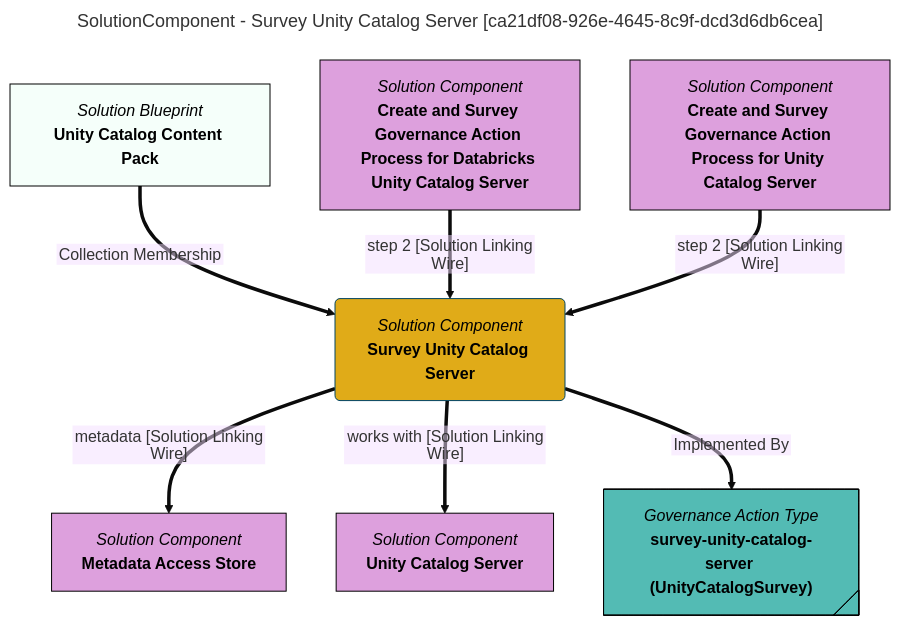
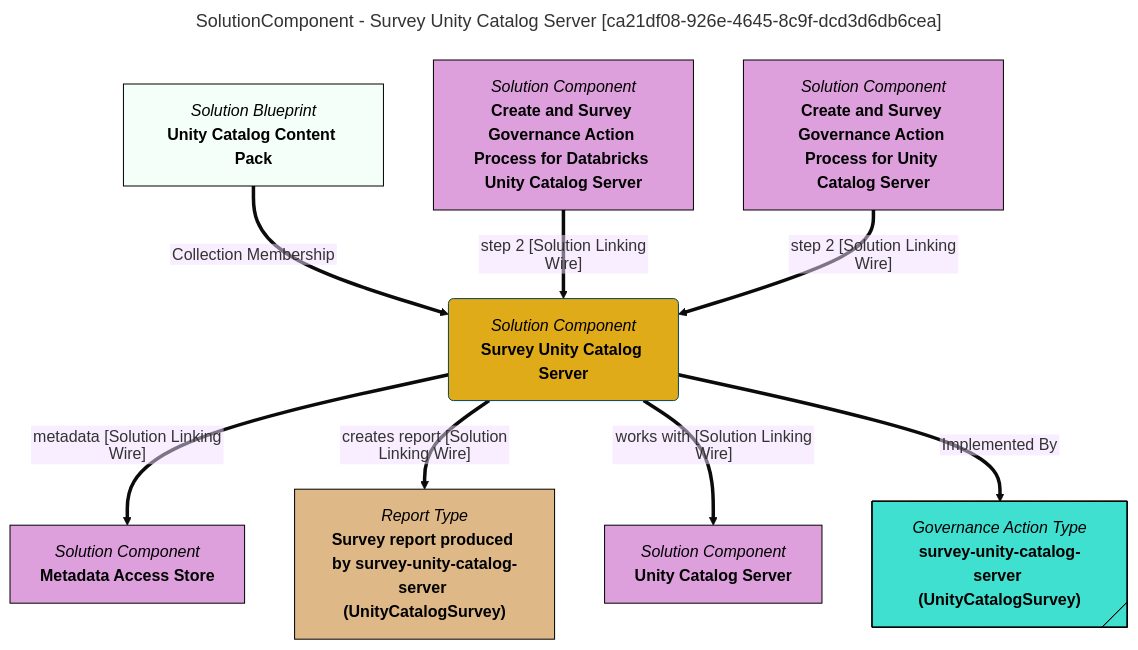
The diagram in site/snippets/blueprints/components/survey-unity-catalog-server-mermaid-graph.md (odpi/egeria-docs), drawn with Mermaid (base theme) before and after one commit. The commit also changed 2201 other files, not shown here.

````diff
--- a/site/snippets/blueprints/components/survey-unity-catalog-server-mermaid-graph.md
+++ b/site/snippets/blueprints/components/survey-unity-catalog-server-mermaid-graph.md
@@ -1,40 +1,44 @@
 ```mermaid
 ---
 title: SolutionComponent - Survey Unity Catalog Server [ca21df08-926e-4645-8c9f-dcd3d6db6cea]
 ---
 flowchart TD
 %%{init: {"flowchart": {"htmlLabels": false}} }%%
 
 1@{ shape: rounded, label: "*Solution Component*
 **Survey Unity Catalog Server**"}
 2@{ shape: rect, label: "*Solution Blueprint*
 **Unity Catalog Content Pack**"}
 2==>|"Collection Membership"|1
 3@{ shape: rect, label: "*Solution Component*
 **Metadata Access Store**"}
 1==>|"metadata [Solution Linking Wire]"|3
 4@{ shape: rect, label: "*Solution Component*
 **Create and Survey Governance Action Process for Databricks Unity Catalog Server**"}
 4==>|"step 2 [Solution Linking Wire]"|1
-5@{ shape: rect, label: "*Solution Component*
+5@{ shape: rect, label: "*Report Type*
+**Survey report produced by survey-unity-catalog-server (UnityCatalogSurvey)**"}
+1==>|"creates report [Solution Linking Wire]"|5
+6@{ shape: rect, label: "*Solution Component*
 **Create and Survey Governance Action Process for Unity Catalog Server**"}
-5==>|"step 2 [Solution Linking Wire]"|1
-6@{ shape: rect, label: "*Solution Component*
+6==>|"step 2 [Solution Linking Wire]"|1
+7@{ shape: rect, label: "*Solution Component*
 **Unity Catalog Server**"}
-1==>|"works with [Solution Linking Wire]"|6
-7@{ shape: tag-rect, label: "*Governance Action Type*
+1==>|"works with [Solution Linking Wire]"|7
+8@{ shape: tag-rect, label: "*Governance Action Type*
 **survey-unity-catalog-server (UnityCatalogSurvey)**"}
-1==>|"Implemented By"|7
+1==>|"Implemented By"|8
 style 1 color:#000000, fill:#e0ab18, stroke:#004563
 style 2 color:#000000, fill:#f5fffa, stroke:#000000
-style 3 color:#000000, fill:#dda0dd, stroke:#000000
-style 4 color:#000000, fill:#dda0dd, stroke:#000000
-style 5 color:#000000, fill:#dda0dd, stroke:#000000
-style 6 color:#000000, fill:#dda0dd, stroke:#000000
-style 7 color:#000000, fill:#53bbb4, stroke:#000000
+style 3 color:#000000, fill:#DDA0DD, stroke:#000000
+style 4 color:#000000, fill:#DDA0DD, stroke:#000000
+style 5 color:#000000, fill:#DEB887, stroke:#000000
+style 6 color:#000000, fill:#DDA0DD, stroke:#000000
+style 7 color:#000000, fill:#DDA0DD, stroke:#000000
+style 8 color:#000000, fill:#40E0D0, stroke:#000000
 click 1 "https://egeria-project.org/concepts/governance-action-type/" "Click for more documentation" _blank
 click 3 "https://egeria-project.org/concepts/metadata-access-store/" "Click for more documentation" _blank
 click 4 "https://egeria-project.org/egeria-solutions/leveraging-unity-catalog/overview/" "Click for more documentation" _blank
-click 5 "https://egeria-project.org/egeria-solutions/leveraging-unity-catalog/overview/" "Click for more documentation" _blank
-click 6 "https://github.com/unitycatalog/unitycatalog" "Click for more documentation" _blank
+click 6 "https://egeria-project.org/egeria-solutions/leveraging-unity-catalog/overview/" "Click for more documentation" _blank
+click 7 "https://github.com/unitycatalog/unitycatalog" "Click for more documentation" _blank
 ```
````
